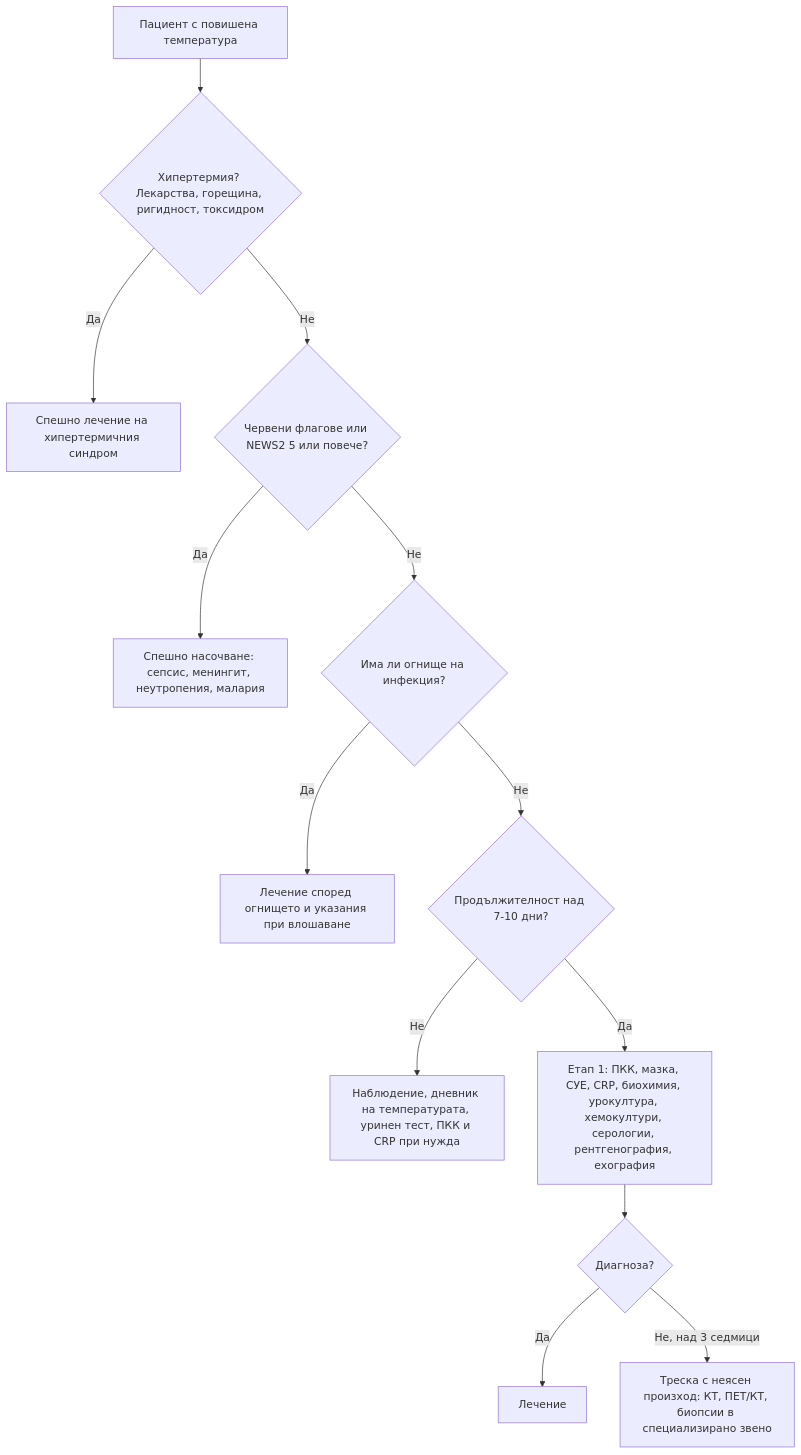
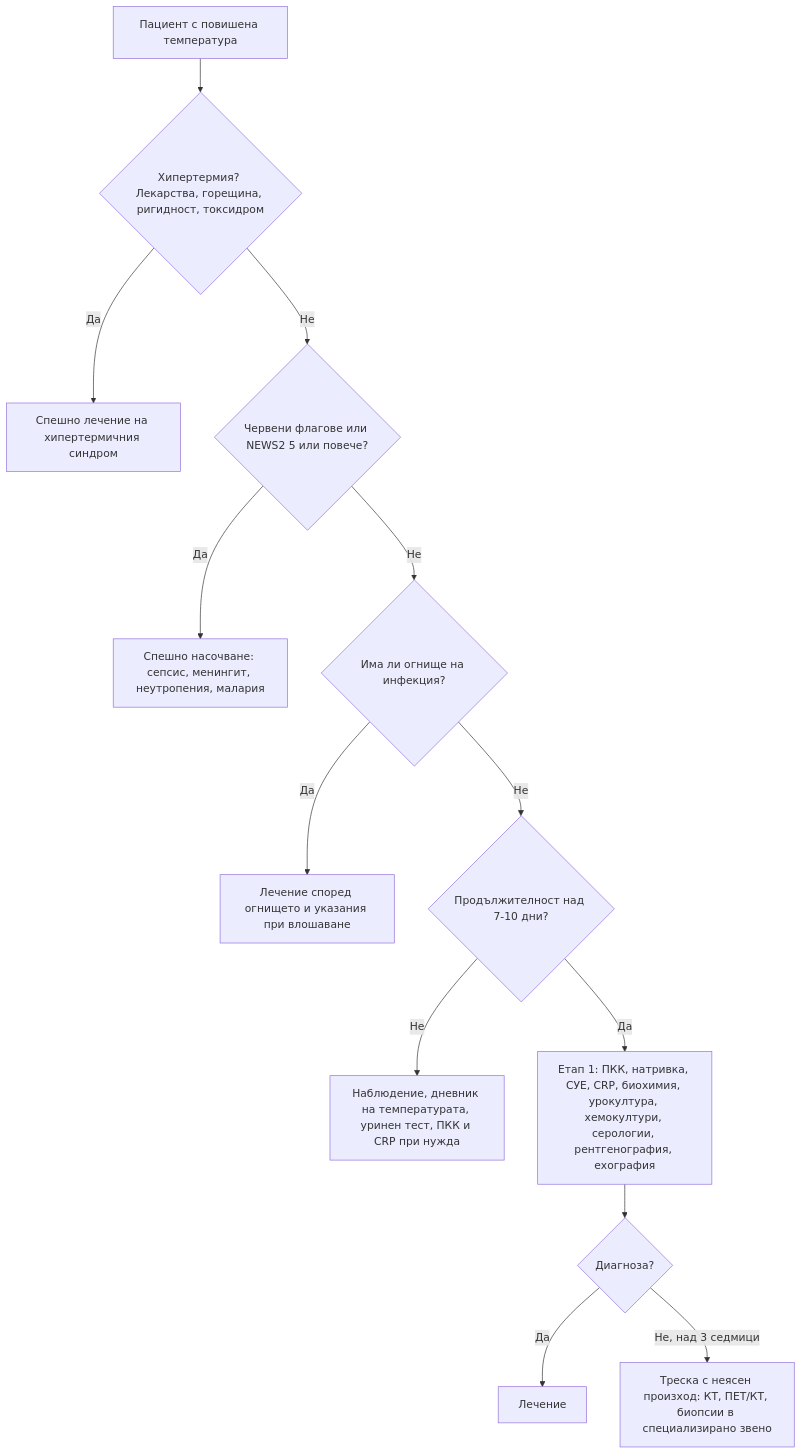
Before and after one commit to yancho26/yancho: the diagram in glavi/04-treska.md, drawn with Mermaid. The commit also changed other lines of this file and 10 other files, not shown here.

````diff
--- a/glavi/04-treska.md
+++ b/glavi/04-treska.md
@@ -296,17 +296,17 @@
 ```mermaid
 flowchart TD
     accTitle: Диагностичен алгоритъм: треска и треска с неясен произход
     accDescr: Блок-схема. Начало: Пациент с повишена температура. Въпроси: Хипертермия? Лекарства, горещина, ригидност, токсидром? · Червени флагове или NEWS2 5 или повече? · Има ли огнище на инфекция? · Продължителност над 7-10 дни? · Диагноза? Пълното текстово описание е под схемата.
     A["Пациент с повишена температура"] --> B{"Хипертермия? Лекарства, горещина, ригидност, токсидром"}
     B -->|Да| C["Спешно лечение на хипертермичния синдром"]
     B -->|Не| D{"Червени флагове или NEWS2 5 или повече?"}
     D -->|Да| E["Спешно насочване: сепсис, менингит, неутропения, малария"]
     D -->|Не| F{"Има ли огнище на инфекция?"}
     F -->|Да| G["Лечение според огнището и указания при влошаване"]
     F -->|Не| H{"Продължителност над 7-10 дни?"}
     H -->|Не| I["Наблюдение, дневник на температурата, уринен тест, ПКК и CRP при нужда"]
-    H -->|Да| J["Етап 1: ПКК, мазка, СУЕ, CRP, биохимия, урокултура, хемокултури, серологии, рентгенография, ехография"]
+    H -->|Да| J["Етап 1: ПКК, натривка, СУЕ, CRP, биохимия, урокултура, хемокултури, серологии, рентгенография, ехография"]
     J --> K{"Диагноза?"}
     K -->|Да| L["Лечение"]
     K -->|Не, над 3 седмици| M["Треска с неясен произход: КТ, ПЕТ/КТ, биопсии в специализирано звено"]
 ```
````
